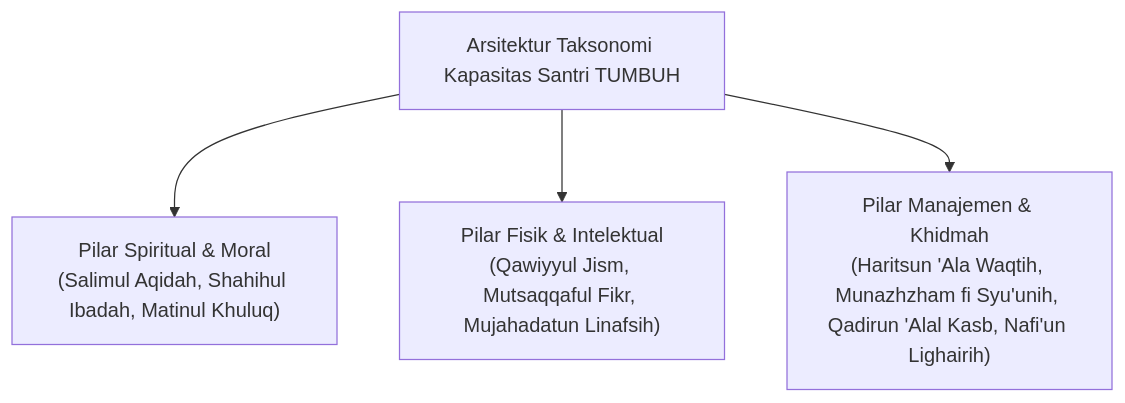
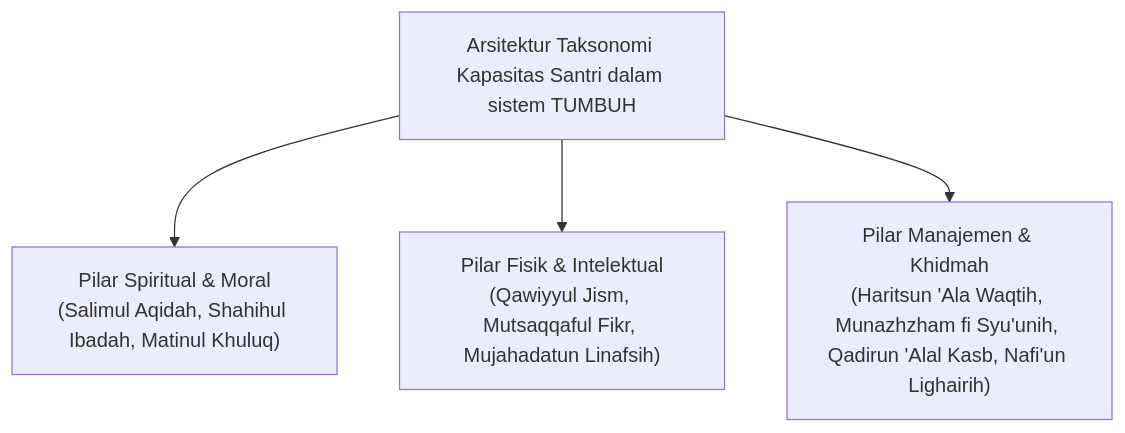
The first of 2 diagrams in 03 Capacity Framework/Jurnal-Monograf-Riset-Kapasitas-10-Muwashafat-TUMBUH.md (wandiapriliyandi/tumbuh), drawn with Mermaid before and after one commit. The commit also changed other lines of this file and 605 other files, not shown here.

Commit message:
refactor: standarisasi penyebutan TUMBUH sebagai sistem pembinaan pesantren di seluruh naskah

````diff
--- a/03 Capacity Framework/Jurnal-Monograf-Riset-Kapasitas-10-Muwashafat-TUMBUH.md
+++ b/03 Capacity Framework/Jurnal-Monograf-Riset-Kapasitas-10-Muwashafat-TUMBUH.md
@@ -26,7 +26,7 @@
 ```mermaid
 graph TD
-    TaxonomyMap["Arsitektur Taksonomi Kapasitas Santri TUMBUH"]
+    TaxonomyMap["Arsitektur Taksonomi Kapasitas Santri dalam sistem TUMBUH"]
     TaxonomyMap --> SpiritualDim["Pilar Spiritual & Moral<br/>(Salimul Aqidah, Shahihul Ibadah, Matinul Khuluq)"]
     TaxonomyMap --> PersonalDim["Pilar Fisik & Intelektual<br/>(Qawiyyul Jism, Mutsaqqaful Fikr, Mujahadatun Linafsih)"]
     TaxonomyMap --> SocialDim["Pilar Manajemen & Khidmah<br/>(Haritsun 'Ala Waqtih, Munazhzham fi Syu'unih, Qadirun 'Alal Kasb, Nafi'un Lighairih)"]
 ```
````
